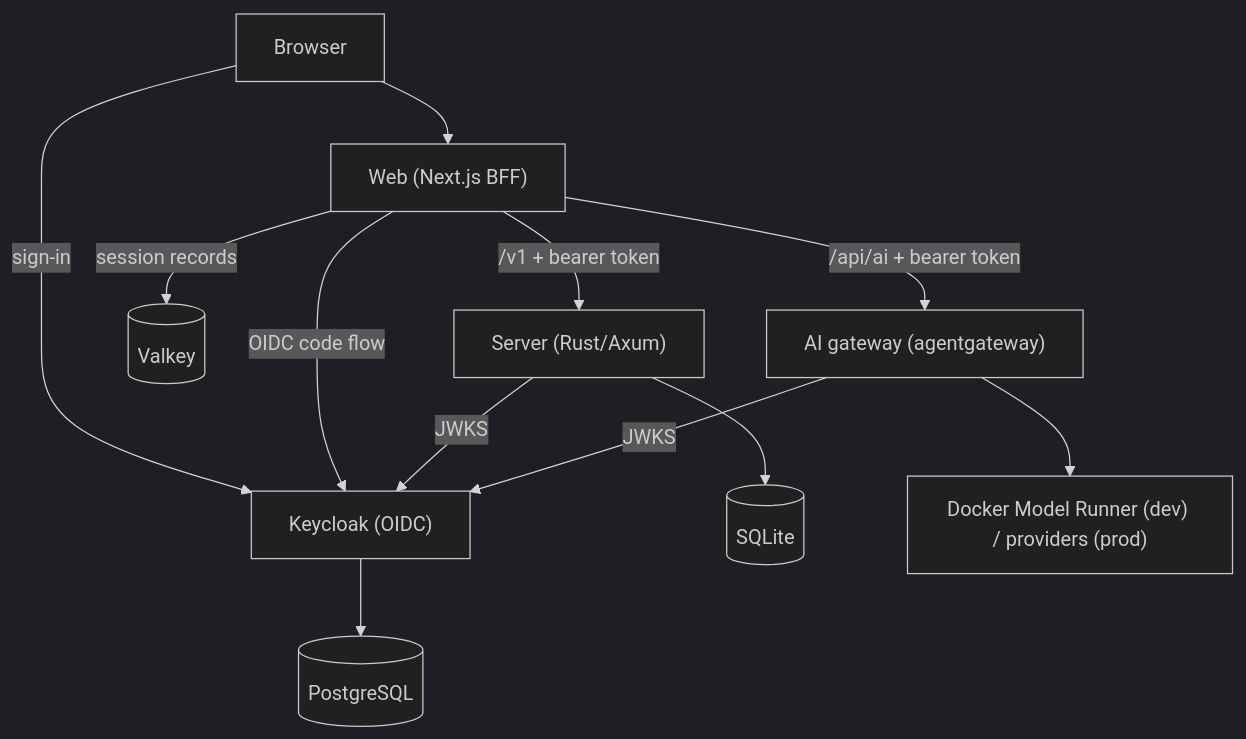
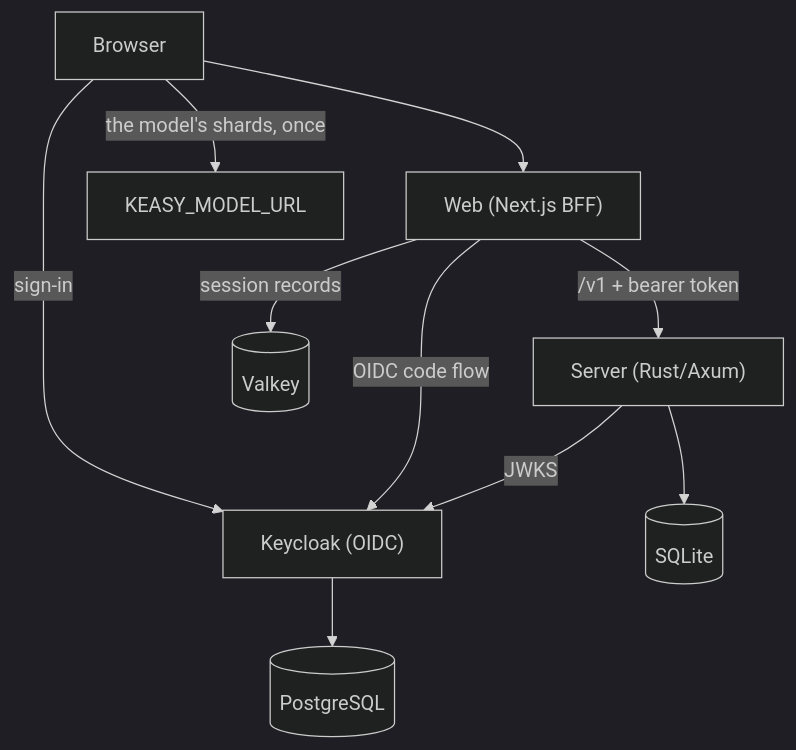
One commit to Kanzo-Tech/keasy changed the diagram in README.md. Above: the diagram before and after it, drawn with Mermaid (dark theme). The commit also changed other lines of this file and 13 other files, not shown here.

First line of the commit message:
infra: the AI gateway is retired — KEASY_MODEL_URL in its place, on kanzo-ui 0.44

````diff
--- a/README.md
+++ b/README.md
@@ -169,14 +158,12 @@
 ```mermaid
 graph TD
     Browser --> Web["Web (Next.js BFF)"]
     Browser -->|"sign-in"| Keycloak["Keycloak (OIDC)"]
     Web -->|"/v1 + bearer token"| Server["Server (Rust/Axum)"]
     Web -->|"OIDC code flow"| Keycloak
     Web -->|"session records"| Valkey[("Valkey")]
     Server -->|"JWKS"| Keycloak
     Server --> SQLite[("SQLite")]
-    Web -->|"/api/ai + bearer token"| Gateway["AI gateway (agentgateway)"]
-    Gateway -->|"JWKS"| Keycloak
-    Gateway --> Models["Docker Model Runner (dev) / providers (prod)"]
+    Browser -->|"the model's shards, once"| Models["KEASY_MODEL_URL"]
     Keycloak --> PostgreSQL[("PostgreSQL")]
 ```
````
